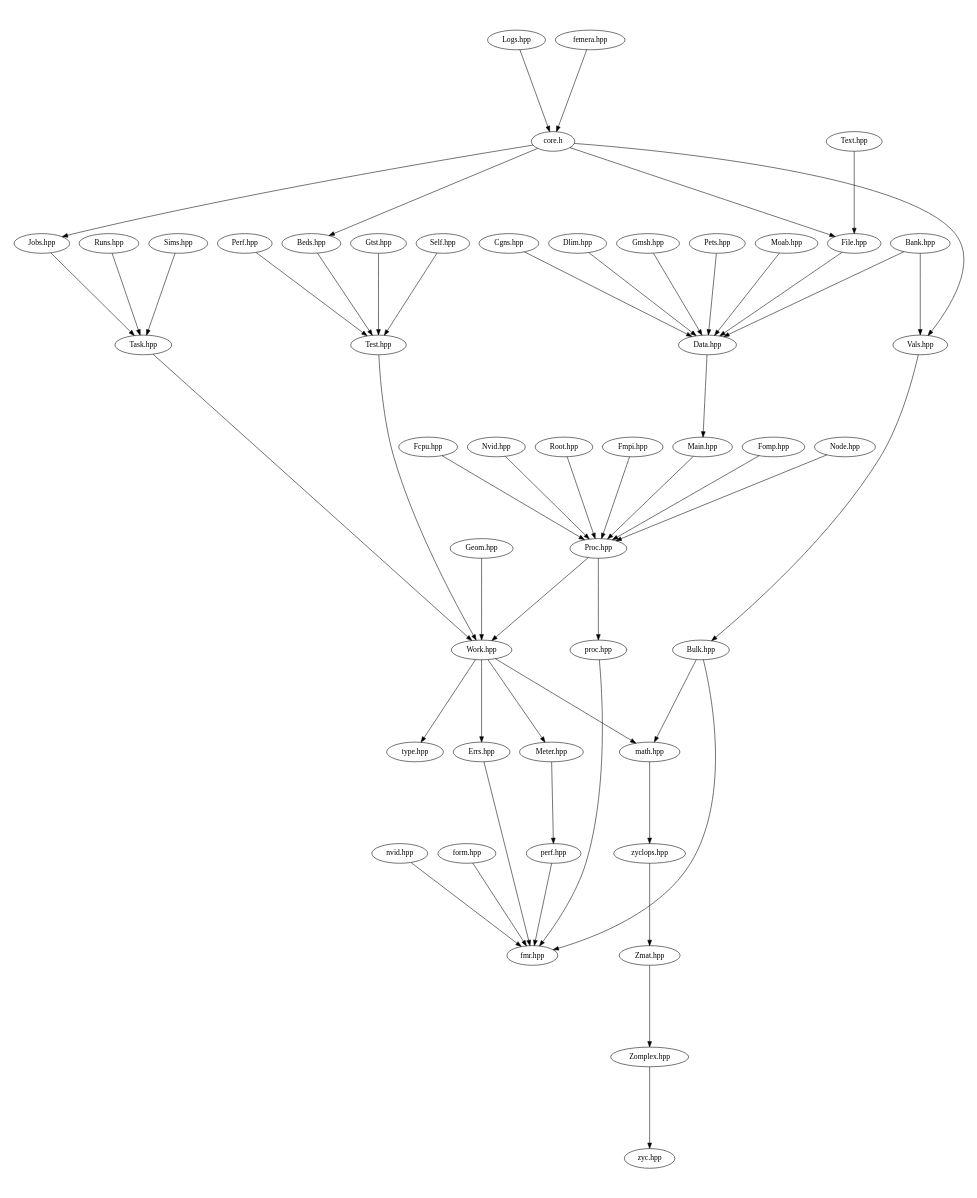
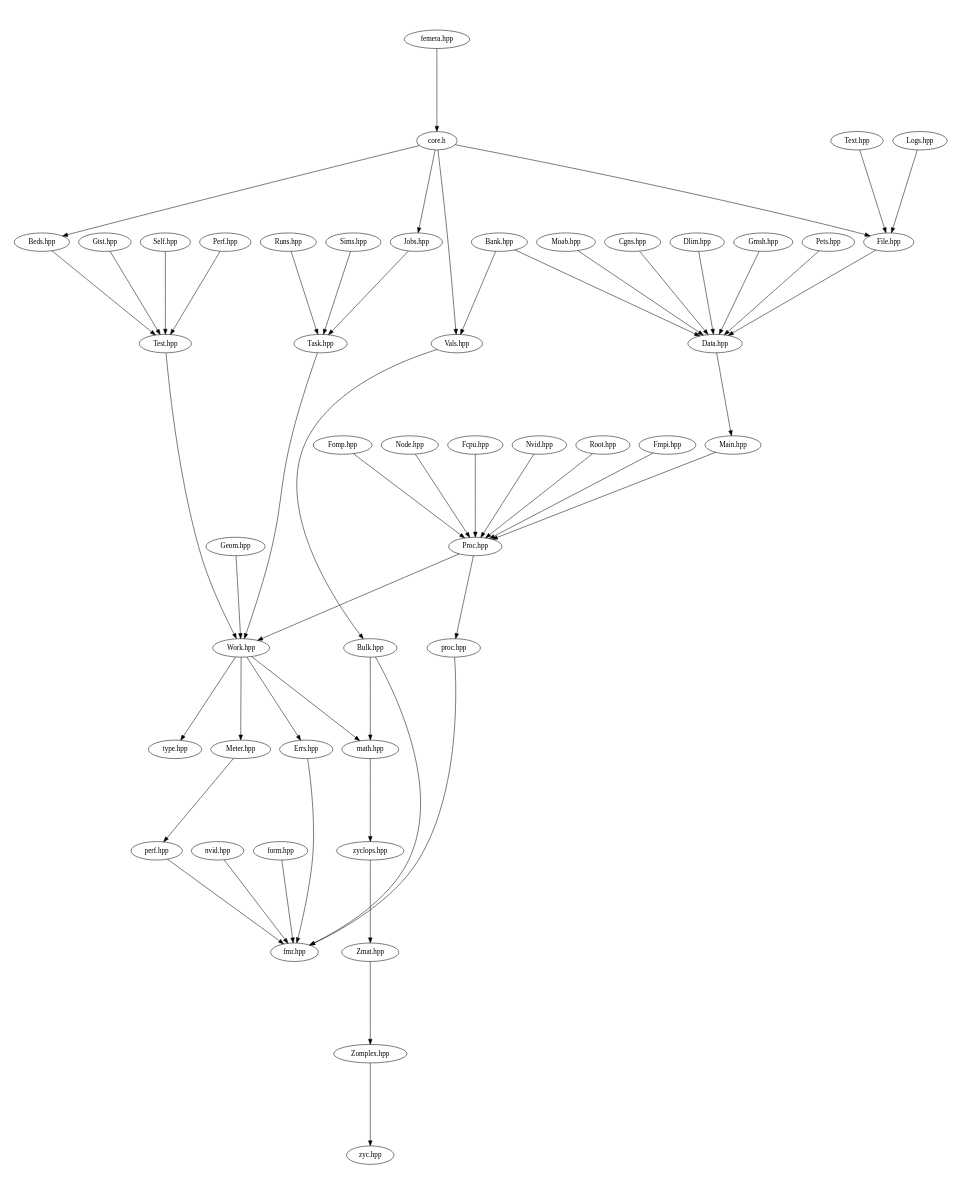
Before and after one commit to waggyz/femera-mini-app: the diagram in src/docs/src-headers.dot, drawn with Graphviz. The commit also changed 5 other files, not shown here.

```diff
--- a/src/docs/src-headers.dot
+++ b/src/docs/src-headers.dot
@@ -1,60 +1,60 @@
 digraph "source tree" {
     overlap=scale;
     size="8,10";
     ratio="fill";
     fontsize="16";
     fontname="Helvetica";
 	clusterrank="local";
 	"Zmat.hpp" -> "Zomplex.hpp"
 	"Meter.hpp" -> "perf.hpp"
 	"Work.hpp" -> "Errs.hpp"
 	"Proc.hpp" -> "proc.hpp"
 	"Nvid.hpp" -> "Proc.hpp"
 	"Root.hpp" -> "Proc.hpp"
 	"Perf.hpp" -> "Test.hpp"
 	"nvid.hpp" -> "fmr.hpp"
 	"perf.hpp" -> "fmr.hpp"
 	"Work.hpp" -> "math.hpp"
 	"Bulk.hpp" -> "math.hpp"
 	"Fmpi.hpp" -> "Proc.hpp"
 	"Test.hpp" -> "Work.hpp"
 	"Fomp.hpp" -> "Proc.hpp"
 	"Data.hpp" -> "Main.hpp"
 	"zyclops.hpp" -> "Zmat.hpp"
 	"core.h" -> "Beds.hpp"
 	"Errs.hpp" -> "fmr.hpp"
 	"Task.hpp" -> "Work.hpp"
 	"Gmsh.hpp" -> "Data.hpp"
 	"Node.hpp" -> "Proc.hpp"
 	"Geom.hpp" -> "Work.hpp"
 	"File.hpp" -> "Data.hpp"
 	"Vals.hpp" -> "Bulk.hpp"
 	"core.h" -> "Vals.hpp"
 	"Beds.hpp" -> "Test.hpp"
 	"form.hpp" -> "fmr.hpp"
 	"Gtst.hpp" -> "Test.hpp"
 	"Work.hpp" -> "Meter.hpp"
 	"Runs.hpp" -> "Task.hpp"
 	"Text.hpp" -> "File.hpp"
 	"proc.hpp" -> "fmr.hpp"
 	"math.hpp" -> "zyclops.hpp"
 	"Pets.hpp" -> "Data.hpp"
-	"Logs.hpp" -> "core.h"
 	"Work.hpp" -> "type.hpp"
 	"Fcpu.hpp" -> "Proc.hpp"
 	"Moab.hpp" -> "Data.hpp"
 	"Cgns.hpp" -> "Data.hpp"
 	"core.h" -> "File.hpp"
 	"Bulk.hpp" -> "fmr.hpp"
 	"Self.hpp" -> "Test.hpp"
 	"core.h" -> "Jobs.hpp"
 	"Bank.hpp" -> "Vals.hpp"
 	"Zomplex.hpp" -> "zyc.hpp"
+	"Logs.hpp" -> "File.hpp"
 	"Proc.hpp" -> "Work.hpp"
 	"Sims.hpp" -> "Task.hpp"
 	"femera.hpp" -> "core.h"
 	"Bank.hpp" -> "Data.hpp"
 	"Dlim.hpp" -> "Data.hpp"
 	"Main.hpp" -> "Proc.hpp"
 	"Jobs.hpp" -> "Task.hpp"
 }
```
